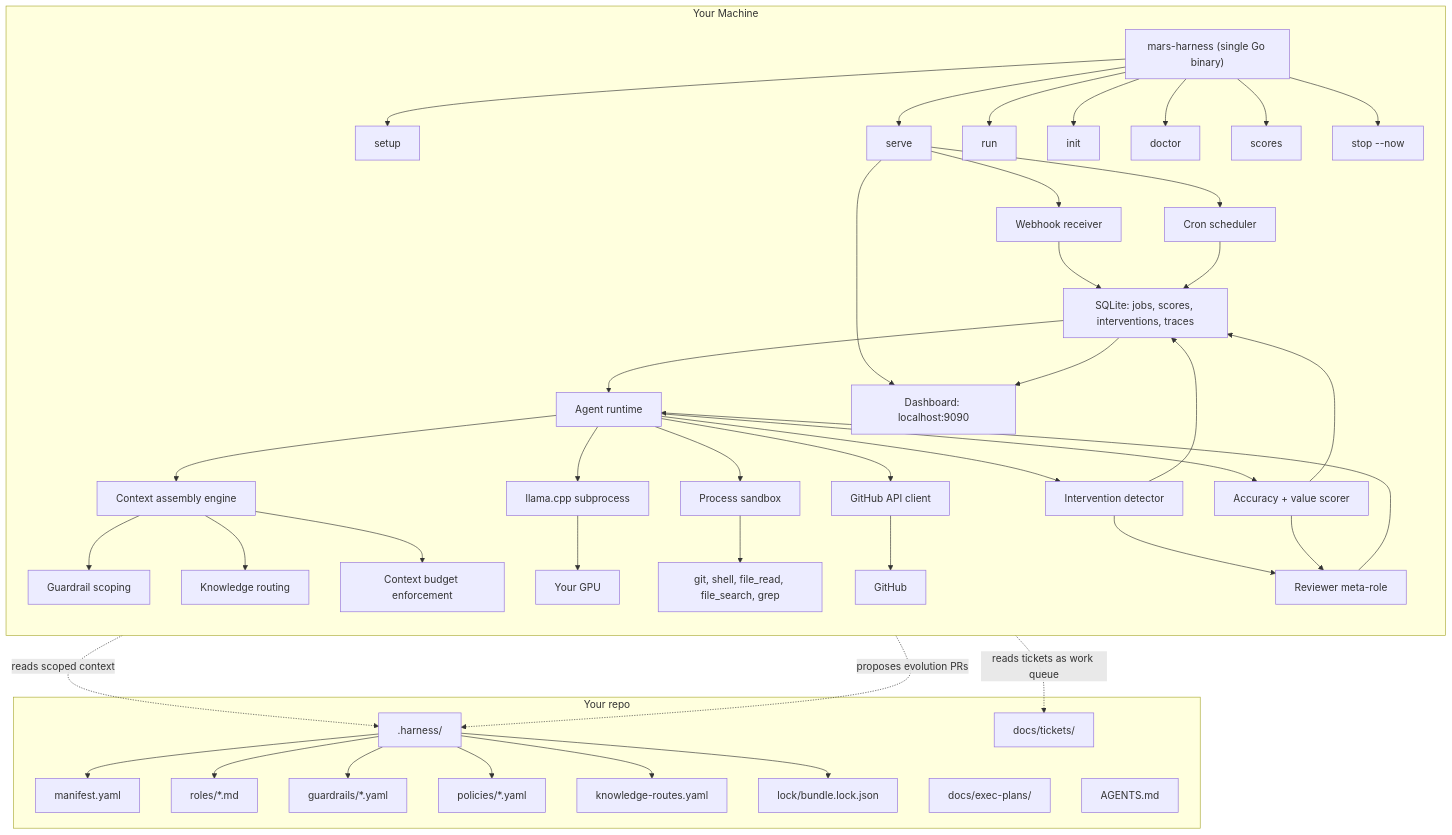
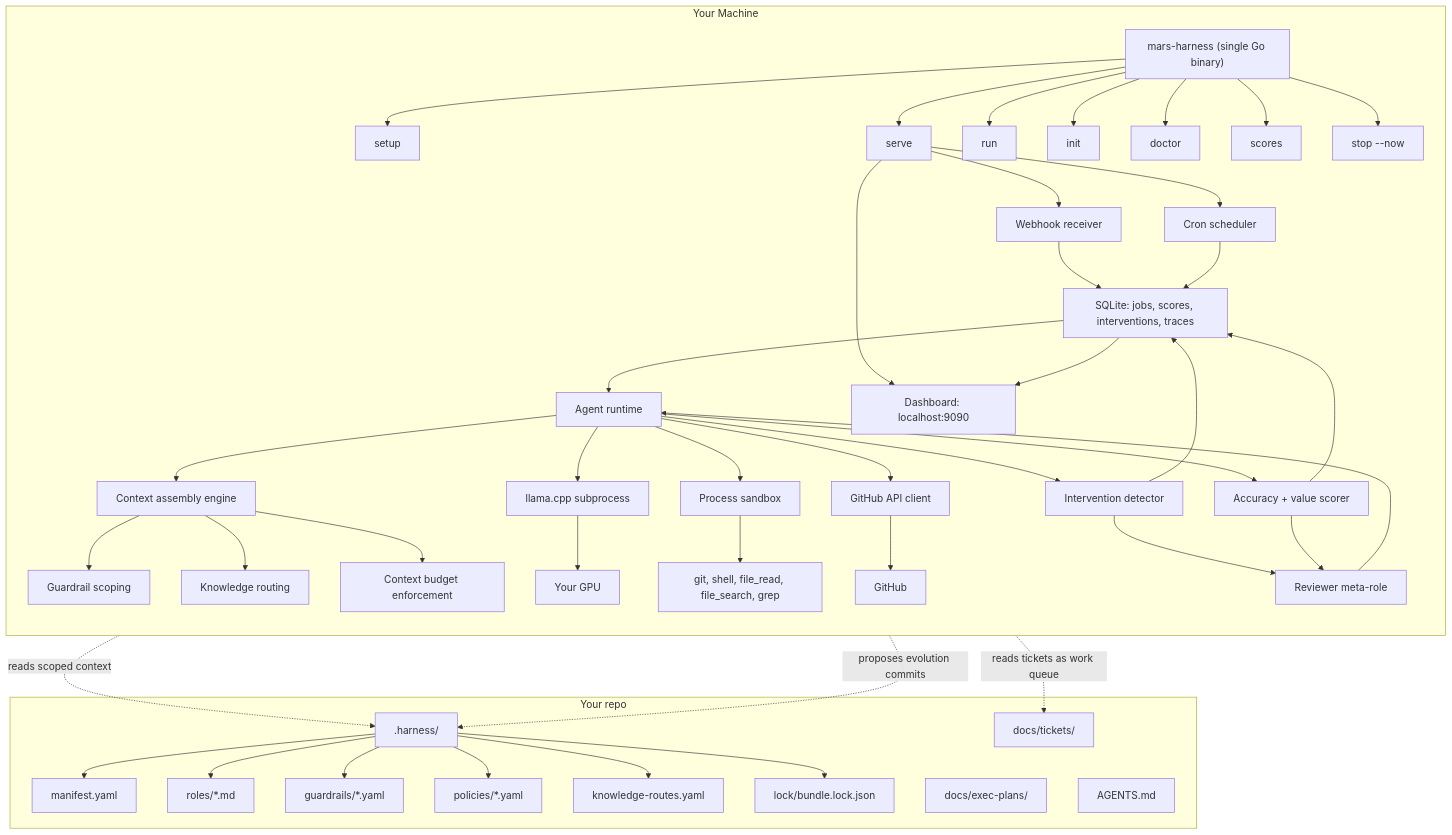
The diagram in ARCHITECTURE.md (greaveselliott/MARS), drawn with Mermaid before and after one commit. The commit also changed other lines of this file and 57 other files, not shown here.

````diff
--- a/ARCHITECTURE.md
+++ b/ARCHITECTURE.md
@@ -9,62 +9,62 @@
 ```mermaid
 flowchart TB
   subgraph YourMachine ["Your Machine"]
     direction TB
     CLI["mars-harness (single Go binary)"]
 
     CLI --> SETUP["setup"]
     CLI --> SERVE["serve"]
     CLI --> RUN["run"]
     CLI --> INIT["init"]
     CLI --> DOCTOR["doctor"]
     CLI --> SCORES["scores"]
     CLI --> STOP["stop --now"]
 
     SERVE --> WH[Webhook receiver]
     SERVE --> SCHED[Cron scheduler]
     WH --> QUEUE["SQLite: jobs, scores, interventions, traces"]
     SCHED --> QUEUE
 
     QUEUE --> AGENT[Agent runtime]
     AGENT --> CTX[Context assembly engine]
     CTX --> GRAILS[Guardrail scoping]
     CTX --> KROUTES[Knowledge routing]
     CTX --> BUDGET[Context budget enforcement]
 
     AGENT --> LLMCPP["llama.cpp subprocess"]
     LLMCPP --> GPU[Your GPU]
     AGENT --> SANDBOX["Process sandbox"]
     SANDBOX --> TOOLS["git, shell, file_read, file_search, grep"]
     AGENT --> GHAPI[GitHub API client]
     GHAPI --> GH[GitHub]
 
     AGENT --> SCORER[Accuracy + value scorer]
     AGENT --> INTERV[Intervention detector]
     SCORER --> QUEUE
     INTERV --> QUEUE
 
     INTERV --> REVIEWER["Reviewer meta-role"]
     SCORER --> REVIEWER
     REVIEWER --> AGENT
 
     SERVE --> DASH["Dashboard: localhost:9090"]
     QUEUE --> DASH
   end
 
   subgraph Repo ["Your repo"]
     HARNESS[".harness/"]
     HARNESS --> MANIFEST[manifest.yaml]
     HARNESS --> ROLES["roles/*.md"]
     HARNESS --> GUARDRAILS["guardrails/*.yaml"]
     HARNESS --> POLICIES["policies/*.yaml"]
     HARNESS --> KR["knowledge-routes.yaml"]
     HARNESS --> LOCK["lock/bundle.lock.json"]
     TICKETS["docs/tickets/"]
     PLANS["docs/exec-plans/"]
     AGENTSMD["AGENTS.md"]
   end
 
   CTX -.->|"reads scoped context"| HARNESS
   AGENT -.->|"reads tickets as work queue"| TICKETS
-  REVIEWER -.->|"proposes evolution PRs"| HARNESS
+  REVIEWER -.->|"proposes evolution commits"| HARNESS
 ```
````
